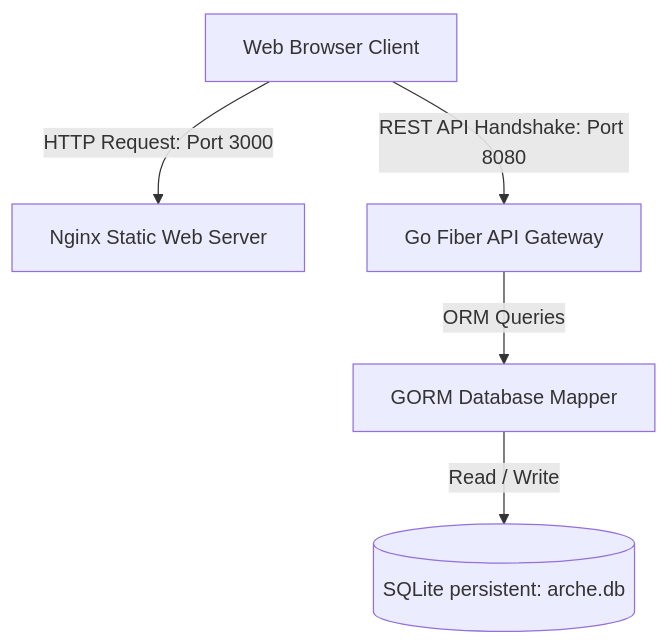
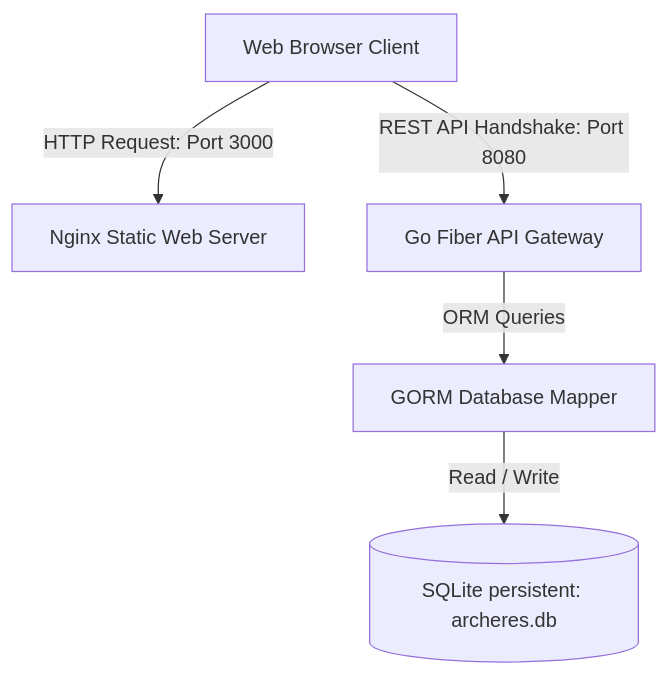
One commit to alexmaisa/archeres changed the diagram in .agents/rules/architecture.md. Above: the diagram before and after it, drawn with Mermaid. The commit also changed other lines of this file and 8 other files, not shown here.

````diff
--- a/.agents/rules/architecture.md
+++ b/.agents/rules/architecture.md
@@ -11,7 +11,7 @@
 ```mermaid
 graph TD
     Client[Web Browser Client] -->|HTTP Request: Port 3000| Nginx[Nginx Static Web Server]
     Client -->|REST API Handshake: Port 8080| Fiber[Go Fiber API Gateway]
     Fiber -->|ORM Queries| GORM[GORM Database Mapper]
-    GORM -->|Read / Write| SQLite[(SQLite persistent: arche.db)]
+    GORM -->|Read / Write| SQLite[(SQLite persistent: archeres.db)]
 ```
````
